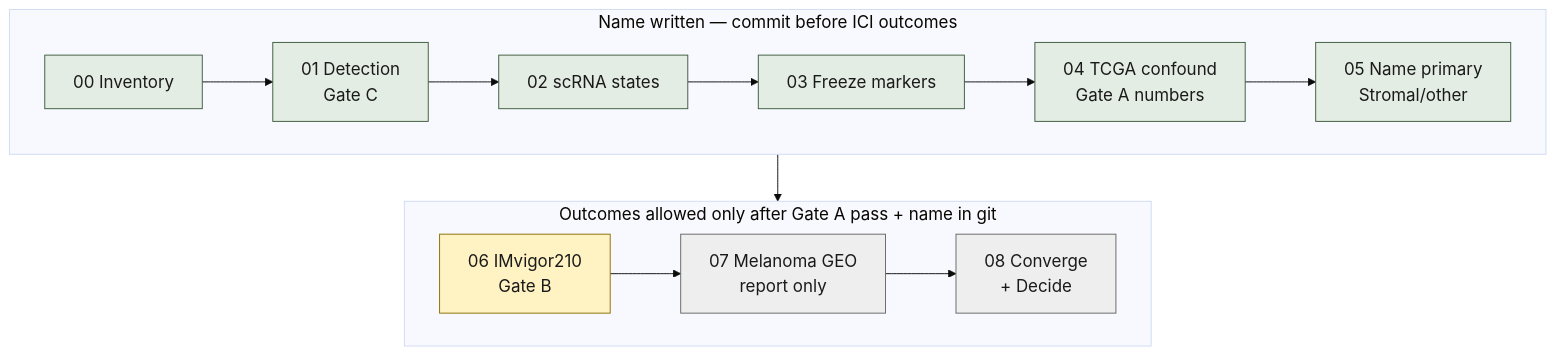
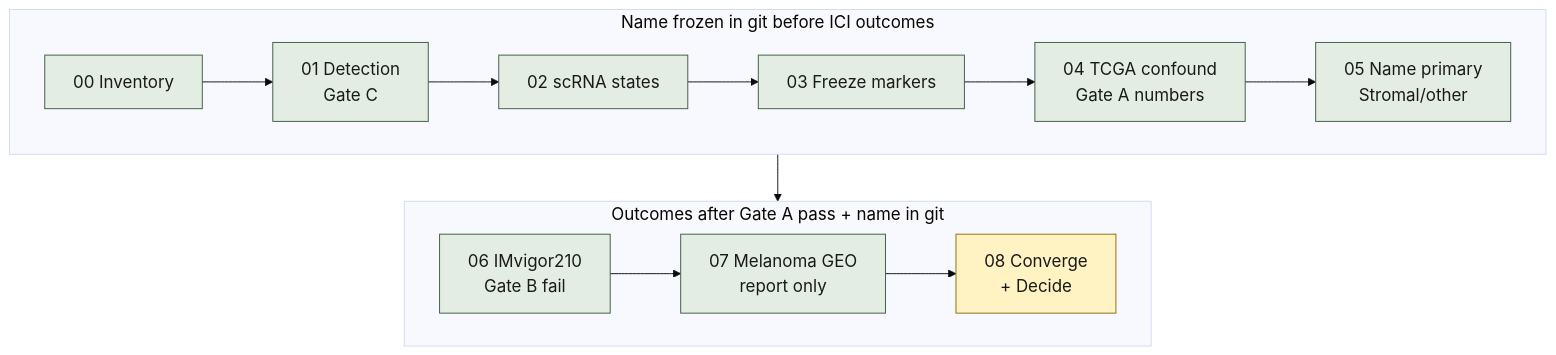
One commit to cauld/scendo changed the diagram in docs/diagrams/scendo-units.mmd. Above: the diagram before and after it, drawn with Mermaid. The commit also changed 15 other files, not shown here.

First line of the commit message:
Record Gate B fail and Units 06–07 ICI results.

```diff
--- a/docs/diagrams/scendo-units.mmd
+++ b/docs/diagrams/scendo-units.mmd
@@ -1,25 +1,24 @@
 %%{init: {"theme": "base", "themeVariables": {"fontSize": "18px", "fontFamily": "Helvetica, Arial, sans-serif"}} }%%
 flowchart TB
-  subgraph before["Name written — commit before ICI outcomes"]
+  subgraph before["Name frozen in git before ICI outcomes"]
     direction LR
     U00["00 Inventory"] --> U01["01 Detection<br/>Gate C"]
     U01 --> U02["02 scRNA states"]
     U02 --> U03["03 Freeze markers"]
     U03 --> U04["04 TCGA confound<br/>Gate A numbers"]
     U04 --> U05["05 Name primary<br/>Stromal/other"]
   end
 
-  subgraph after["Outcomes allowed only after Gate A pass + name in git"]
+  subgraph after["Outcomes after Gate A pass + name in git"]
     direction LR
-    U06["06 IMvigor210<br/>Gate B"] --> U07["07 Melanoma GEO<br/>report only"]
+    U06["06 IMvigor210<br/>Gate B fail"] --> U07["07 Melanoma GEO<br/>report only"]
     U07 --> U08["08 Converge<br/>+ Decide"]
   end
 
   U05 --> U06
 
   classDef done fill:#E4EDE4,stroke:#3D5A3D,color:#1A1A1A
   classDef now fill:#FFF3C4,stroke:#8A6D00,color:#1A1A1A
   classDef later fill:#EEEEEE,stroke:#666666,color:#1A1A1A
-  class U00,U01,U02,U03,U04,U05 done
-  class U06 now
-  class U07,U08 later
+  class U00,U01,U02,U03,U04,U05,U06,U07 done
+  class U08 now
```
